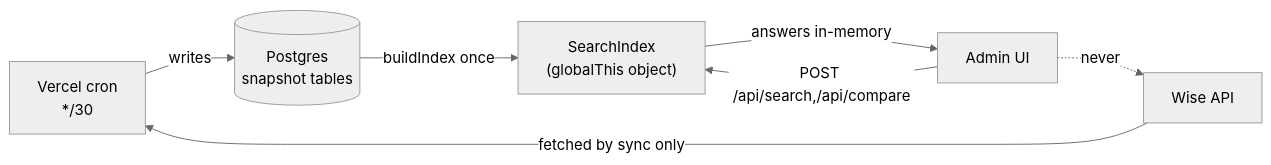
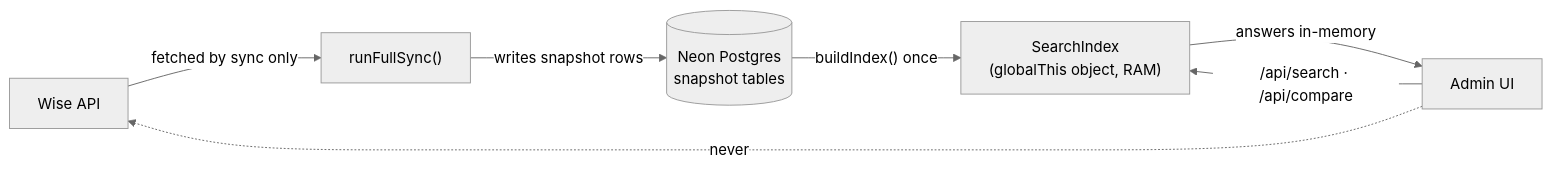
Before and after one commit to kasheesh711/bgscheduler: the first of 2 diagrams in docs/handbook/not-the-nextjs-you-know.md, drawn with Mermaid (neutral theme). The commit also changed other lines of this file and 71 other files, not shown here.

````diff
--- a/docs/handbook/not-the-nextjs-you-know.md
+++ b/docs/handbook/not-the-nextjs-you-know.md
@@ -49,9 +67,9 @@
 ```mermaid
 flowchart LR
-  Cron["Vercel cron\n*/30"] -->|writes| PG[(Postgres\nsnapshot tables)]
-  Wise["Wise API"] -->|fetched by sync only| Cron
-  PG -->|buildIndex once| IDX["SearchIndex\n(globalThis object)"]
-  User["Admin UI"] -->|"POST /api/search,/api/compare"| IDX
-  IDX -->|"answers in-memory"| User
-  User -. never .-> Wise
+  Wise["Wise API"] -->|"fetched by sync only"| Orch["runFullSync()"]
+  Orch -->|writes snapshot rows| PG[("Neon Postgres<br/>snapshot tables")]
+  PG -->|"buildIndex() once"| IDX["SearchIndex<br/>(globalThis object, RAM)"]
+  UI["Admin UI"] -->|"/api/search · /api/compare"| IDX
+  IDX -->|"answers in-memory"| UI
+  UI -. never .-> Wise
 ```
````
